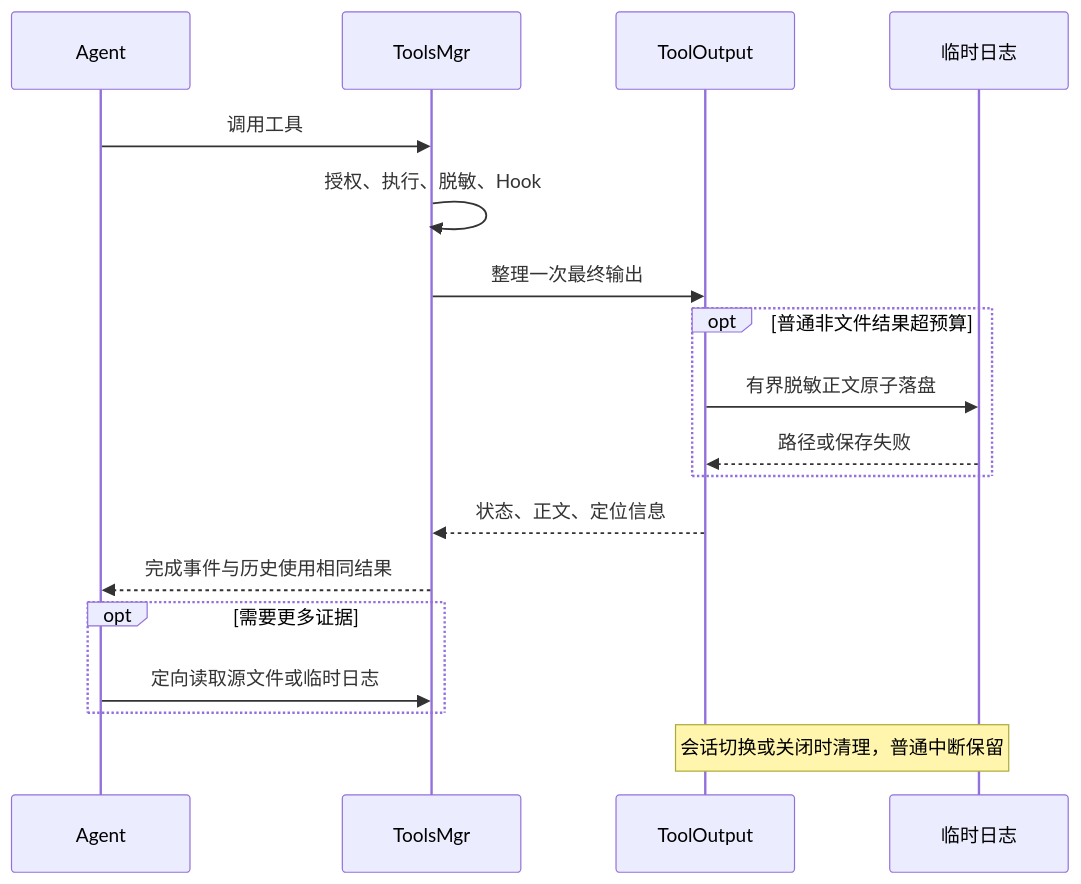
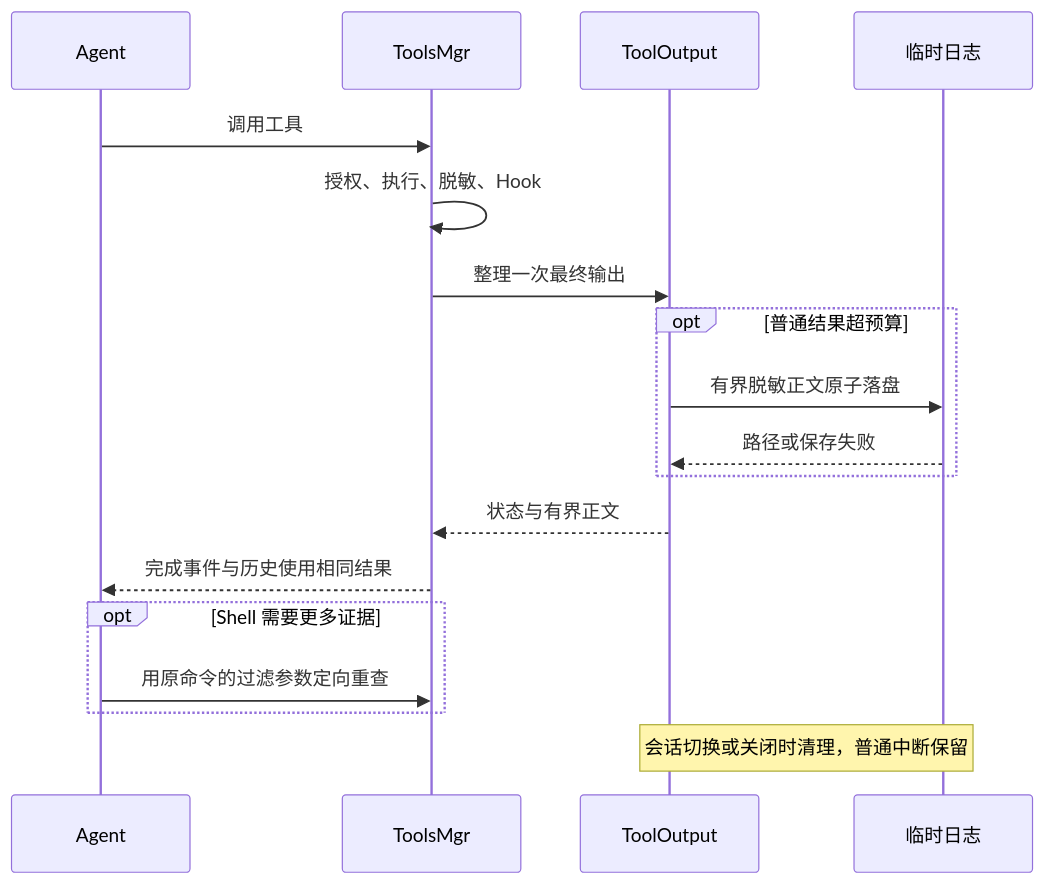
One commit to dingdalong/agent changed the second of 2 diagrams in docs/tools.md. Above: the diagram before and after it, drawn with Mermaid. The commit also changed other lines of this file and 55 other files, not shown here.

````diff
--- a/docs/tools.md
+++ b/docs/tools.md
@@ -73,20 +70,20 @@
 ```mermaid
 sequenceDiagram
     participant A as Agent
     participant T as ToolsMgr
     participant O as ToolOutput
     participant F as 临时日志
     A->>T: 调用工具
     T->>T: 授权、执行、脱敏、Hook
     T->>O: 整理一次最终输出
-    opt 普通非文件结果超预算
+    opt 普通结果超预算
         O->>F: 有界脱敏正文原子落盘
         F-->>O: 路径或保存失败
     end
-    O-->>T: 状态、正文、定位信息
+    O-->>T: 状态与有界正文
     T-->>A: 完成事件与历史使用相同结果
-    opt 需要更多证据
-        A->>T: 定向读取源文件或临时日志
+    opt Shell 需要更多证据
+        A->>T: 用原命令的过滤参数定向重查
     end
     Note over O,F: 会话切换或关闭时清理，普通中断保留
 ```
````
